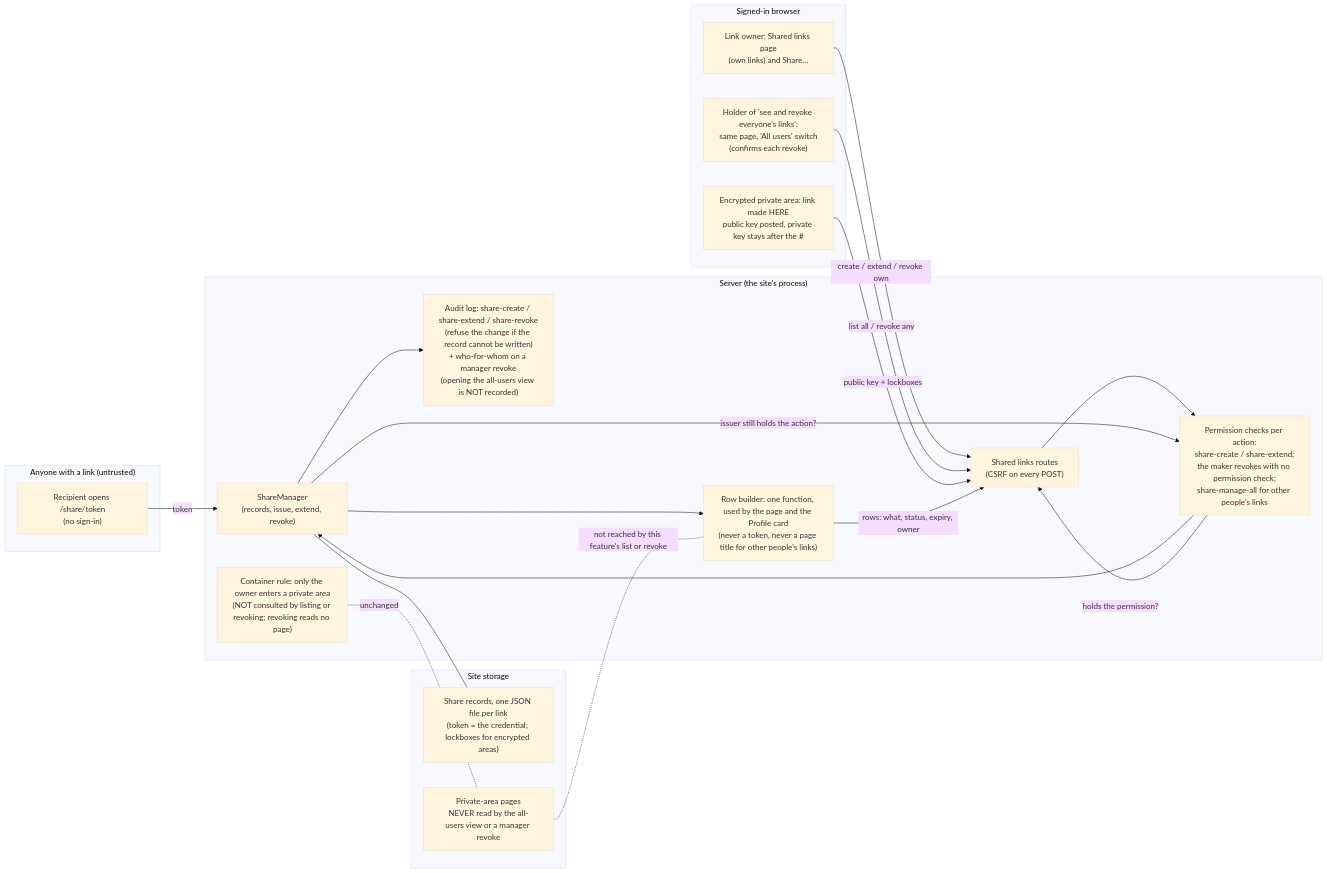
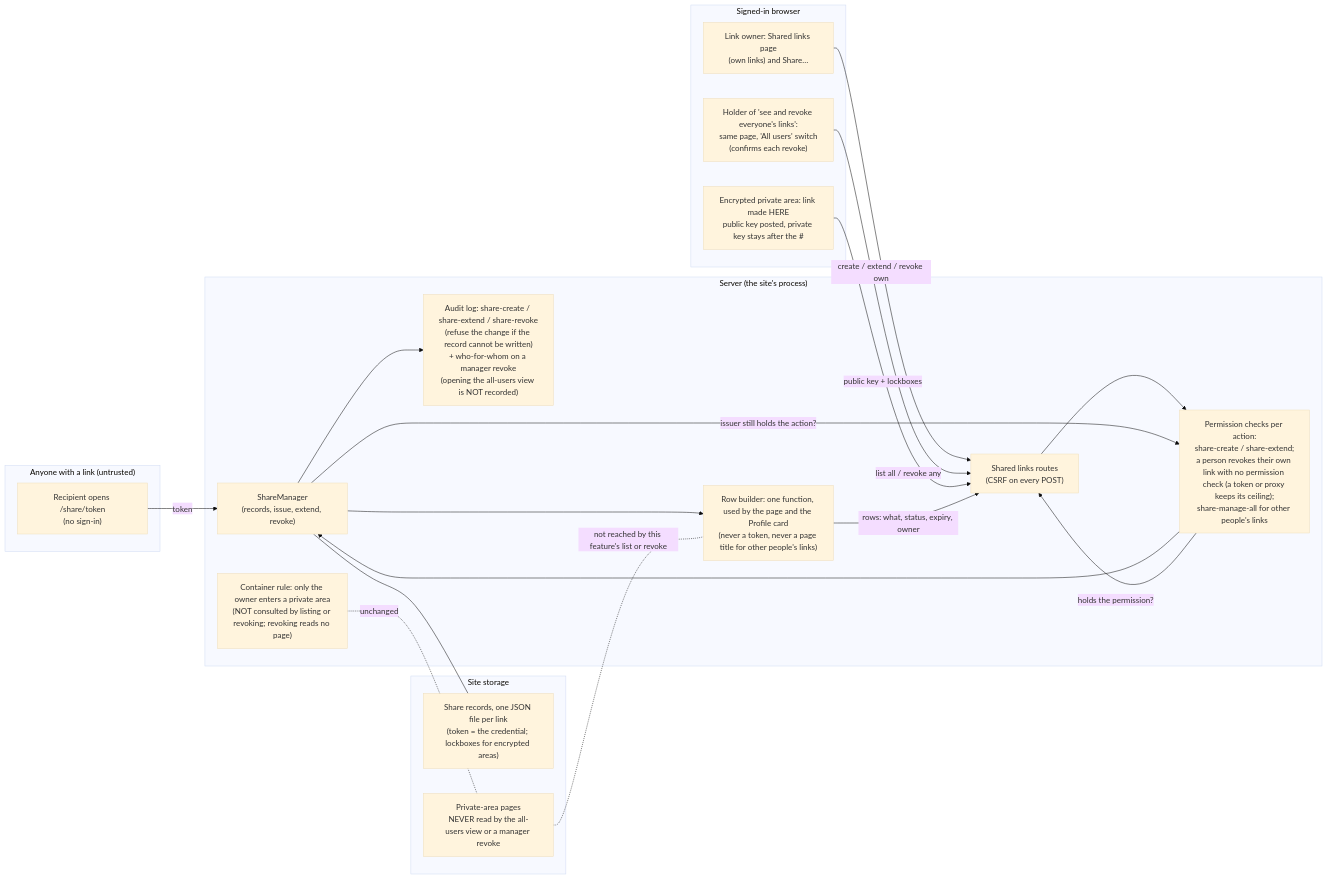
One commit to jwilleke/ngdpbase changed the diagram in docs/design/shared-links.md. Above: the diagram before and after it, drawn with Mermaid (base theme). The commit also changed other lines of this file, not shown here.

First line of the commit message:
docs(design): shared links, people only for the maker's revoke (Q-G)

````diff
--- a/docs/design/shared-links.md
+++ b/docs/design/shared-links.md
@@ -89,39 +90,39 @@
 ```mermaid
 flowchart LR
   subgraph PUB["Anyone with a link (untrusted)"]
     REC["Recipient opens /share/token<br/>(no sign-in)"]
   end
 
   subgraph BROWSER["Signed-in browser"]
     OWN["Link owner: Shared links page<br/>(own links) and Share…"]
     MGR["Holder of 'see and revoke everyone's links':<br/>same page, 'All users' switch<br/>(confirms each revoke)"]
     ENC["Encrypted private area: link made HERE<br/>public key posted, private key stays after the #"]
   end
 
   subgraph SERVER["Server (the site's process)"]
     ROUTES["Shared links routes<br/>(CSRF on every POST)"]
-    CHECK["Permission checks per action:<br/>share-create / share-extend;<br/>the maker revokes with no permission check;<br/>share-manage-all for other people's links"]
+    CHECK["Permission checks per action:<br/>share-create / share-extend;<br/>a person revokes their own link with no permission check (a token or proxy keeps its ceiling);<br/>share-manage-all for other people's links"]
     ROWS["Row builder: one function, used by the page and the Profile card<br/>(never a token, never a page title for other people's links)"]
     SM["ShareManager<br/>(records, issue, extend, revoke)"]
     AUD["Audit log: share-create / share-extend / share-revoke<br/>(refuse the change if the record cannot be written)<br/>+ who-for-whom on a manager revoke<br/>(opening the all-users view is NOT recorded)"]
     DOOR["Container rule: only the owner enters a private area<br/>(NOT consulted by listing or revoking; revoking reads no page)"]
   end
 
   subgraph STORE["Site storage"]
     REG["Share records, one JSON file per link<br/>(token = the credential; lockboxes for encrypted areas)"]
     VAULT["Private-area pages<br/>NEVER read by the all-users view or a manager revoke"]
   end
 
   OWN -->|"create / extend / revoke own"| ROUTES
   MGR -->|"list all / revoke any"| ROUTES
   ENC -->|"public key + lockboxes"| ROUTES
   ROUTES --> CHECK --> SM
   CHECK -->|"holds the permission?"| ROUTES
   SM --> AUD
   SM --- REG
   SM --> ROWS -->|"rows: what, status, expiry, owner"| ROUTES
   REC -->|"token"| SM
   SM -->|"issuer still holds the action?"| CHECK
   VAULT -. "not reached by this feature's list or revoke" .- ROWS
   DOOR -. "unchanged" .- VAULT
 ```
````
